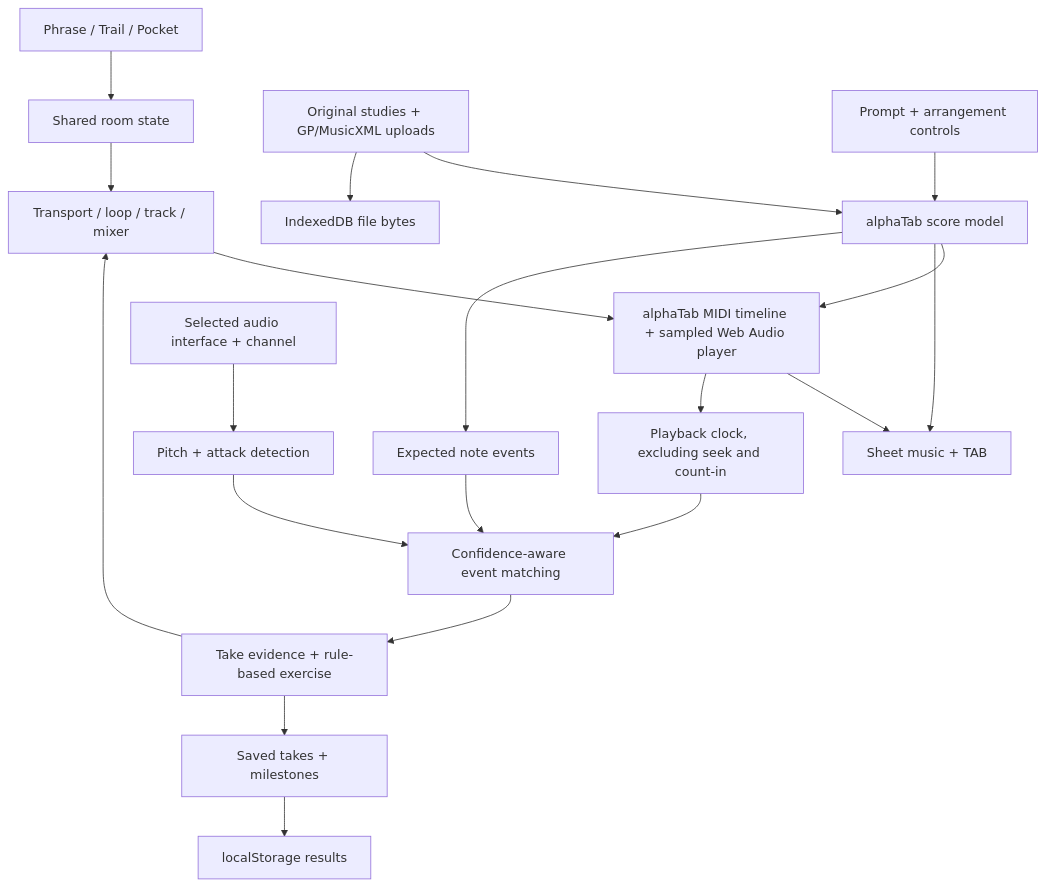
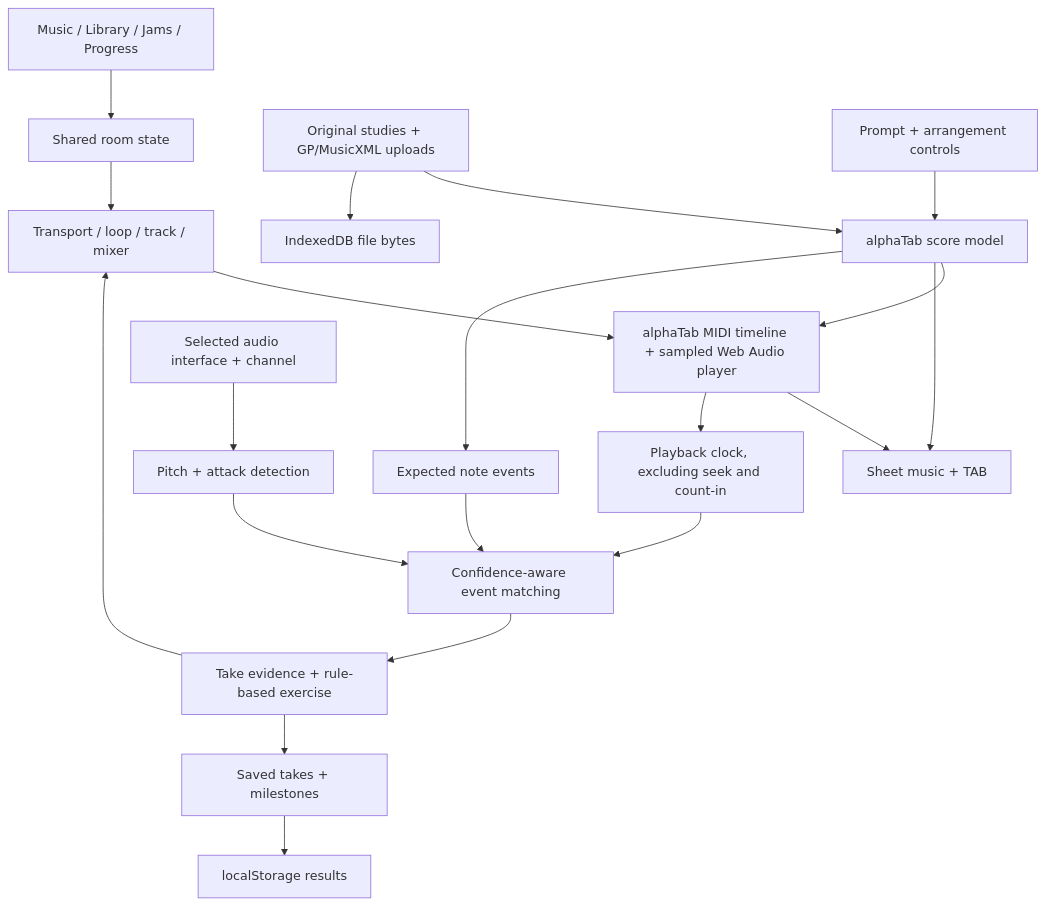
The diagram in README.md (dbjohnson/practice-room), drawn with Mermaid before and after one commit. The commit also changed other lines of this file and 411 other files, not shown here.

````diff
--- a/README.md
+++ b/README.md
@@ -90,22 +115,22 @@
 ```mermaid
 flowchart TD
-  Shell[Phrase / Trail / Pocket] --> Room[Shared room state]
+  Shell[Music / Library / Jams / Progress] --> Room[Shared room state]
   Library[Original studies + GP/MusicXML uploads] --> Score[alphaTab score model]
   Jam[Prompt + arrangement controls] --> Score
   Room --> Controls[Transport / loop / track / mixer]
   Controls --> Player[alphaTab MIDI timeline + sampled Web Audio player]
   Score --> Player
   Score --> Render[Sheet music + TAB]
   Player --> Render
   Score --> Expected[Expected note events]
   Player --> Clock[Playback clock, excluding seek and count-in]
   Mic[Selected audio interface + channel] --> Detector[Pitch + attack detection]
   Detector --> Match[Confidence-aware event matching]
   Clock --> Match
   Expected --> Match
   Match --> Review[Take evidence + rule-based exercise]
   Review --> Controls
   Review --> History[Saved takes + milestones]
   Library --> IDB[IndexedDB file bytes]
   History --> Local[localStorage results]
 ```
````
